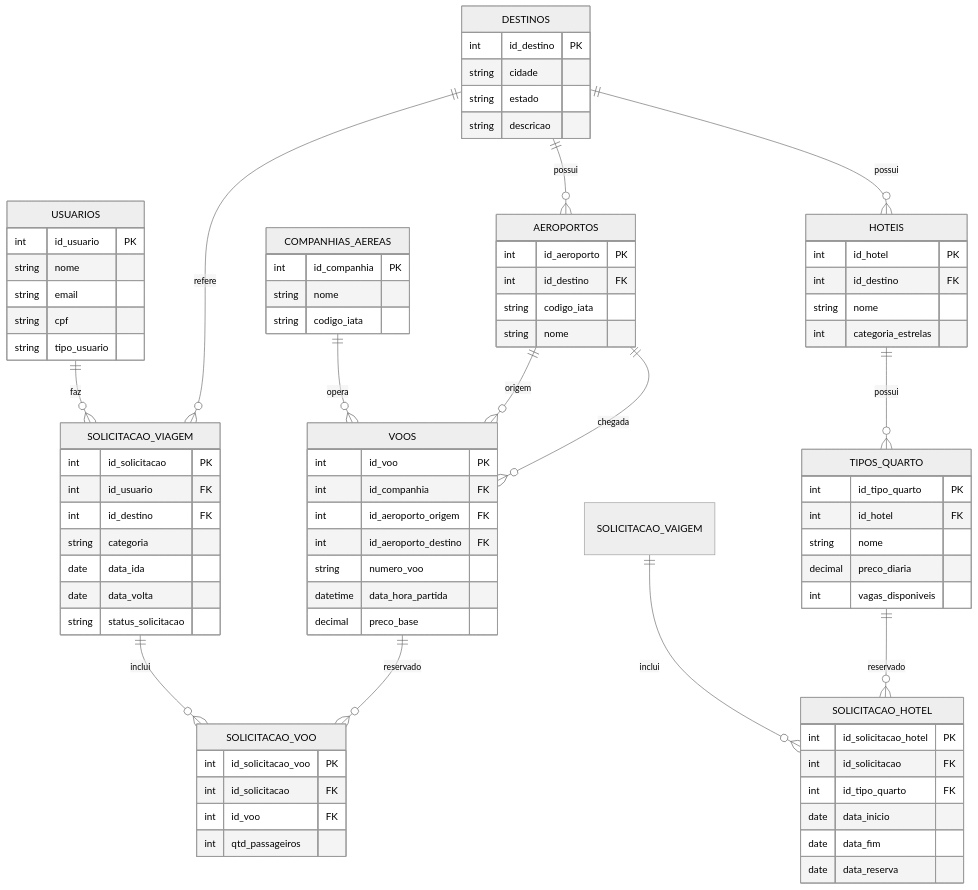
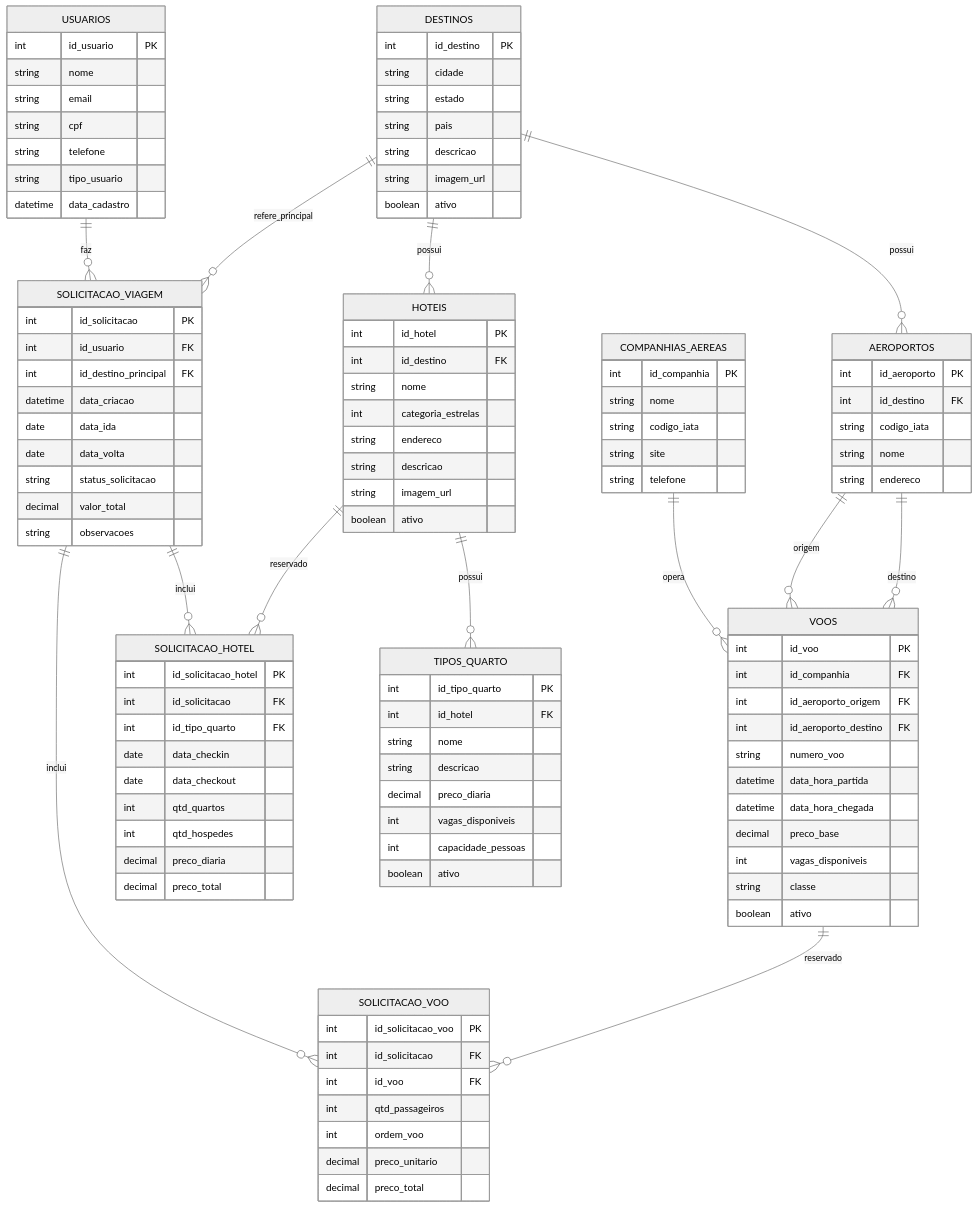
One commit to isadorapoliveira/BrasilTravel changed the diagram in README.md. Above: the diagram before and after it, drawn with Mermaid (neutral theme).

````diff
--- a/README.md
+++ b/README.md
@@ -13,42 +13,54 @@
 ```mermaid
 erDiagram
   USUARIOS ||--o{ SOLICITACAO_VIAGEM : faz
-  DESTINOS ||--o{ SOLICITACAO_VIAGEM : refere
+  DESTINOS ||--o{ SOLICITACAO_VIAGEM : refere_principal
   DESTINOS ||--o{ AEROPORTOS : possui
   DESTINOS ||--o{ HOTEIS : possui
   COMPANHIAS_AEREAS ||--o{ VOOS : opera
   AEROPORTOS ||--o{ VOOS : origem
-  AEROPORTOS ||--o{ VOOS : chegada
-  HOTEIS ||--o{ TIPOS_QUARTO : possui
+  AEROPORTOS ||--o{ VOOS : destino
   SOLICITACAO_VIAGEM ||--o{ SOLICITACAO_VOO : inclui
   VOOS ||--o{ SOLICITACAO_VOO : reservado
-  SOLICITACAO_VAIGEM ||--o{ SOLICITACAO_HOTEL : inclui
-  TIPOS_QUARTO ||--o{ SOLICITACAO_HOTEL : reservado
+  SOLICITACAO_VIAGEM ||--o{ SOLICITACAO_HOTEL : inclui
+  HOTEIS ||--o{ SOLICITACAO_HOTEL : reservado
+  HOTEIS ||--o{ TIPOS_QUARTO : possui
 
   USUARIOS {
     int id_usuario PK
     string nome
     string email
     string cpf
+    string telefone
     string tipo_usuario
+    datetime data_cadastro
   }
+  
   DESTINOS {
     int id_destino PK
     string cidade
     string estado
+    string pais
     string descricao
+    string imagem_url
+    boolean ativo
   }
+  
   AEROPORTOS {
     int id_aeroporto PK
     int id_destino FK
     string codigo_iata
     string nome
+    string endereco
   }
+  
   COMPANHIAS_AEREAS {
     int id_companhia PK
     string nome
     string codigo_iata
+    string site
+    string telefone
   }
+  
   VOOS {
     int id_voo PK
     int id_companhia FK
@@ -56,43 +68,66 @@
     int id_aeroporto_destino FK
     string numero_voo
     datetime data_hora_partida
+    datetime data_hora_chegada
     decimal preco_base
+    int vagas_disponiveis
+    string classe
+    boolean ativo
   }
+  
   HOTEIS {
     int id_hotel PK
     int id_destino FK
     string nome
     int categoria_estrelas
+    string endereco
+    string descricao
+    string imagem_url
+    boolean ativo
   }
+  
   TIPOS_QUARTO {
     int id_tipo_quarto PK
     int id_hotel FK
     string nome
+    string descricao
     decimal preco_diaria
     int vagas_disponiveis
-
+    int capacidade_pessoas
+    boolean ativo
   }
+  
   SOLICITACAO_VIAGEM {
     int id_solicitacao PK
     int id_usuario FK
-    int id_destino FK
-    string categoria
+    int id_destino_principal FK
+    datetime data_criacao
     date data_ida
     date data_volta
     string status_solicitacao
+    decimal valor_total
+    string observacoes
   }
+  
   SOLICITACAO_VOO {
     int id_solicitacao_voo PK
     int id_solicitacao FK
     int id_voo FK
     int qtd_passageiros
+    int ordem_voo
+    decimal preco_unitario
+    decimal preco_total
   }
+  
   SOLICITACAO_HOTEL {
     int id_solicitacao_hotel PK
     int id_solicitacao FK
     int id_tipo_quarto FK
-    date data_inicio
-    date data_fim
-    date data_reserva
+    date data_checkin
+    date data_checkout
+    int qtd_quartos
+    int qtd_hospedes
+    decimal preco_diaria
+    decimal preco_total
   }
 ```
````
